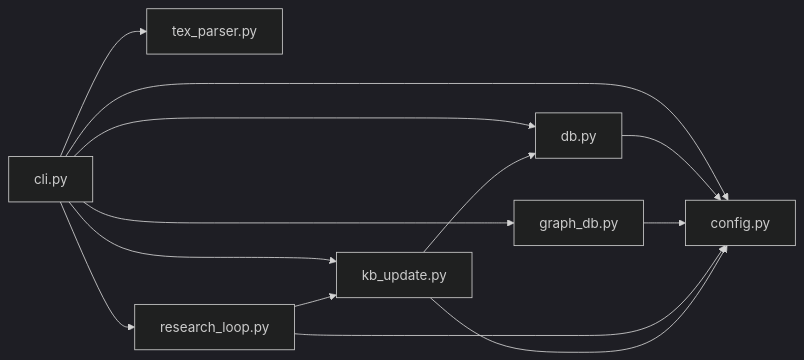
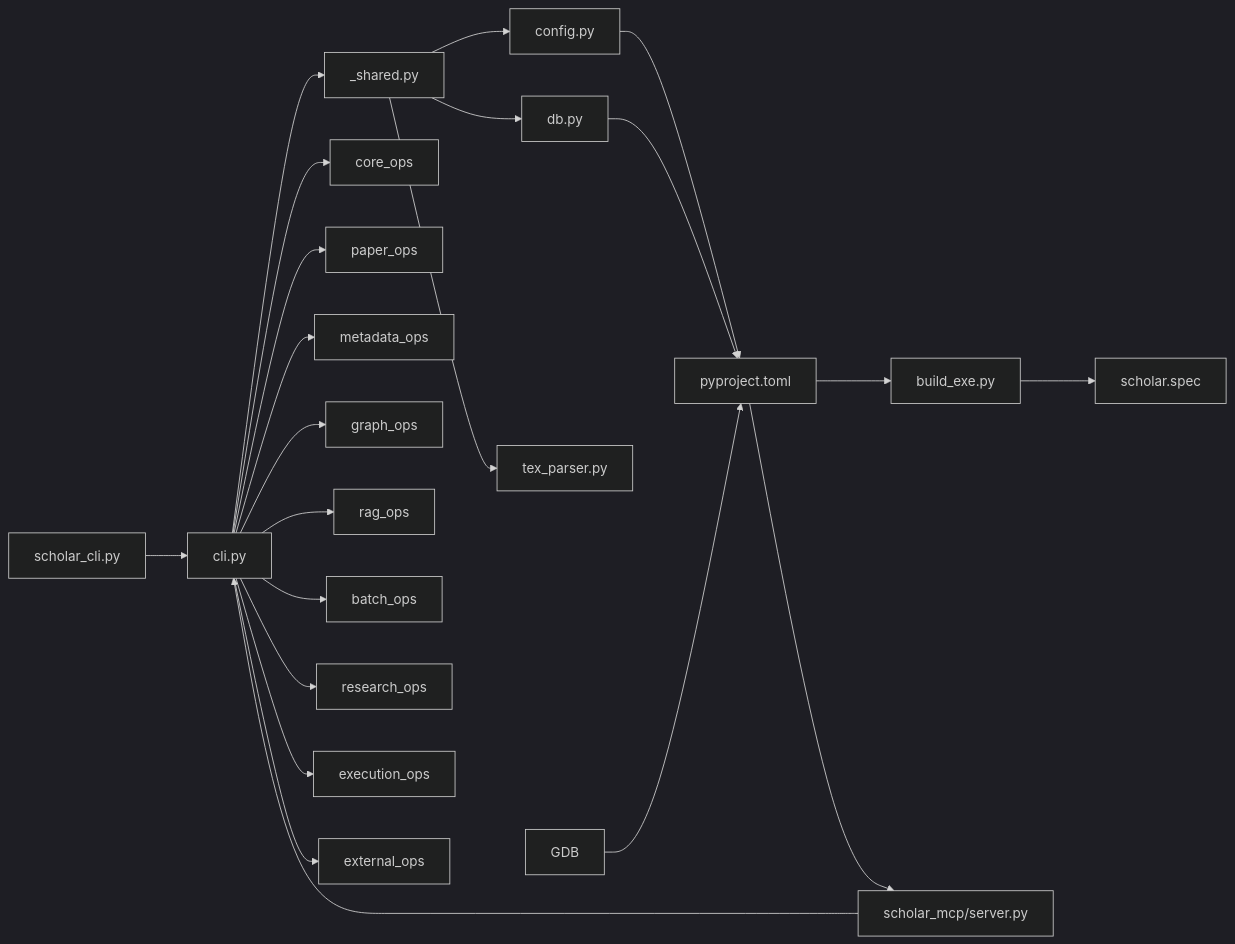
One commit to 1173591564/academic-based-qoder changed diagram 11 of 11 in .qoder/repowiki/zh/content/Python后端系统/Python后端系统.md. Above: the diagram before and after it, drawn with Mermaid (dark theme). The commit also changed other lines of this file and 68 other files, not shown here.

````diff
--- a/.qoder/repowiki/zh/content/Python后端系统/Python后端系统.md
+++ b/.qoder/repowiki/zh/content/Python后端系统/Python后端系统.md
@@ -365,15 +520,24 @@
 ```mermaid
 graph LR
-CLI["cli.py"] --> CFG["config.py"]
-CLI --> DB["db.py"]
-CLI --> GDB["graph_db.py"]
-CLI --> TEX["tex_parser.py"]
-CLI --> RL["research_loop.py"]
-CLI --> KB["kb_update.py"]
-DB --> CFG
-GDB --> CFG
-RL --> CFG
-RL --> KB
-KB --> CFG
-KB --> DB
+CLI["cli.py"] --> SHARED["_shared.py"]
+CLI --> CORE["core_ops"]
+CLI --> PAPER["paper_ops"]
+CLI --> META["metadata_ops"]
+CLI --> GRAPH["graph_ops"]
+CLI --> RAG["rag_ops"]
+CLI --> BATCH["batch_ops"]
+CLI --> RESEARCH["research_ops"]
+CLI --> EXECUTION["execution_ops"]
+CLI --> EXTERNAL["external_ops"]
+SHARED --> CFG["config.py"]
+SHARED --> DB["db.py"]
+SHARED --> TEX["tex_parser.py"]
+MCP["scholar_mcp/server.py"] --> CLI
+ENTRY["scholar_cli.py"] --> CLI
+BUILD["build_exe.py"] --> SPEC["scholar.spec"]
+PYPROJECT["pyproject.toml"] --> BUILD
+PYPROJECT --> MCP
+CFG --> PYPROJECT
+DB --> PYPROJECT
+GDB --> PYPROJECT
 ```
````
